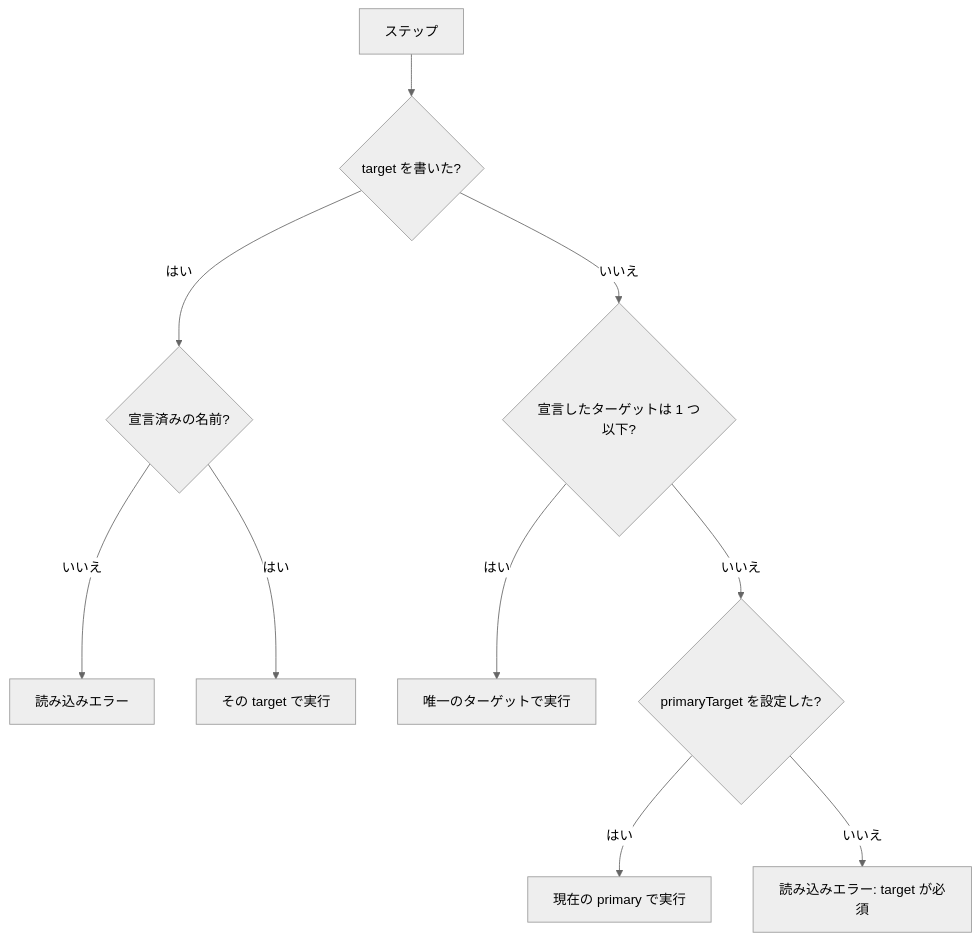
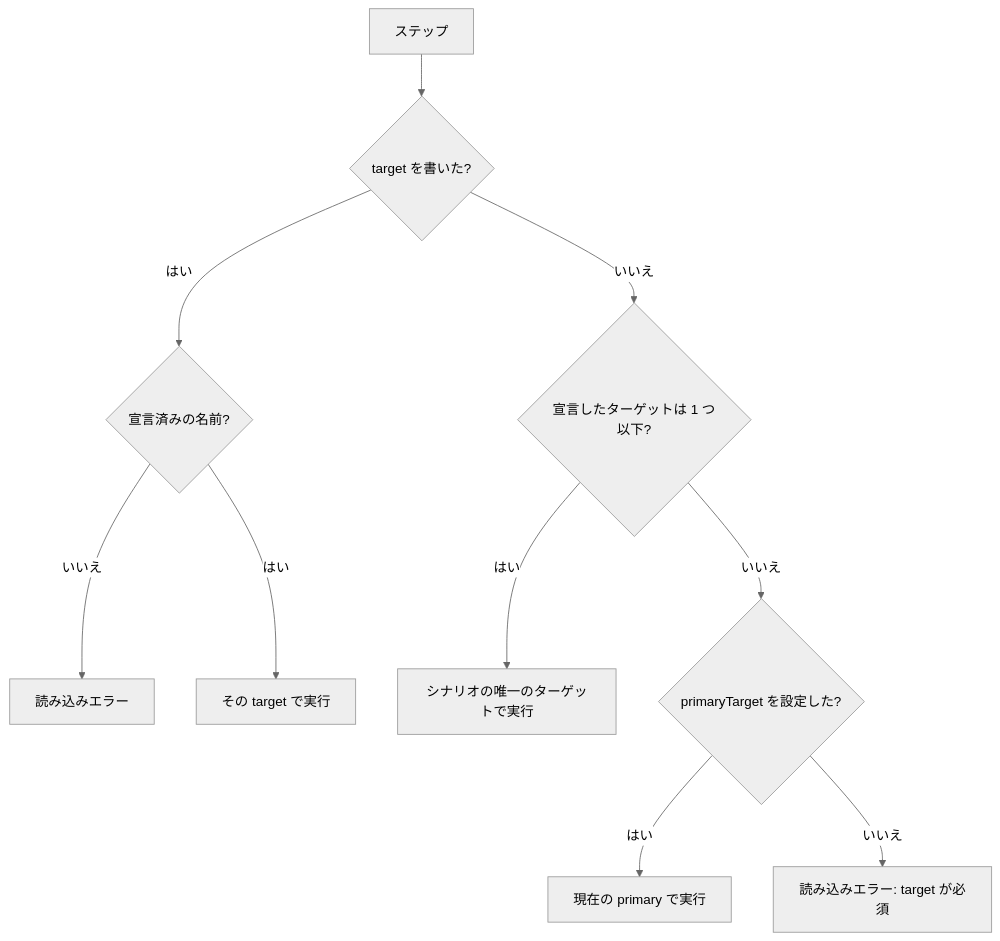
One commit to bajutsu-e2e/bajutsu changed the first of 4 diagrams in roadmaps/BE-XXXX-install-app-step/BE-XXXX-install-app-step-ja.md. Above: the diagram before and after it, drawn with Mermaid (neutral theme). The commit also changed other lines of this file and 1 other file, not shown here.

Commit message:
docs(roadmap): apply the sixth cold review to the install-app-step proposal

````diff
--- a/roadmaps/BE-XXXX-install-app-step/BE-XXXX-install-app-step-ja.md
+++ b/roadmaps/BE-XXXX-install-app-step/BE-XXXX-install-app-step-ja.md
@@ -152,12 +152,12 @@
 ```mermaid
 flowchart TD
   S["ステップ"] --> W{"target を書いた?"}
   W -- はい --> D{"宣言済みの名前?"}
   D -- いいえ --> E1["読み込みエラー"]
   D -- はい --> R1["その target で実行"]
   W -- いいえ --> N{"宣言したターゲットは 1 つ以下?"}
-  N -- はい --> R2["唯一のターゲットで実行"]
+  N -- はい --> R2["シナリオの唯一のターゲットで実行"]
   N -- いいえ --> P{"primaryTarget を設定した?"}
   P -- はい --> R3["現在の primary で実行"]
   P -- いいえ --> E2["読み込みエラー: target が必須"]
 ```
````
